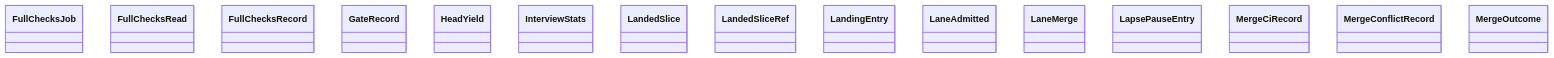
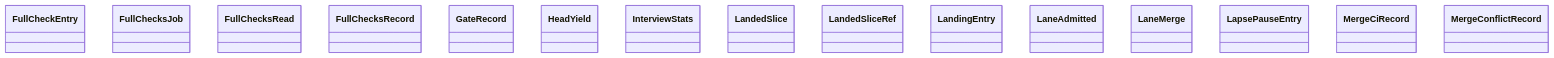
One commit to GonzaloZevallos/agentic-system changed the diagram in docs/architecture/generated/classes-process-domain-state-7.md. Above: the diagram before and after it, drawn with Mermaid. The commit also changed other lines of this file and 13 other files, not shown here.

````diff
--- a/docs/architecture/generated/classes-process-domain-state-7.md
+++ b/docs/architecture/generated/classes-process-domain-state-7.md
@@ -32,18 +32,18 @@
 ```mermaid
 classDiagram
+    class task__FullCheckEntry["FullCheckEntry"]
     class task__FullChecksJob["FullChecksJob"]
     class task__FullChecksRead["FullChecksRead"]
     class task__FullChecksRecord["FullChecksRecord"]
     class task__GateRecord["GateRecord"]
     class task__HeadYield["HeadYield"]
     class task__InterviewStats["InterviewStats"]
     class task__LandedSlice["LandedSlice"]
     class task__LandedSliceRef["LandedSliceRef"]
     class task__LandingEntry["LandingEntry"]
     class task__LaneAdmitted["LaneAdmitted"]
     class task__LaneMerge["LaneMerge"]
     class task__LapsePauseEntry["LapsePauseEntry"]
     class task__MergeCiRecord["MergeCiRecord"]
     class task__MergeConflictRecord["MergeConflictRecord"]
-    class task__MergeOutcome["MergeOutcome"]
 ```
````
